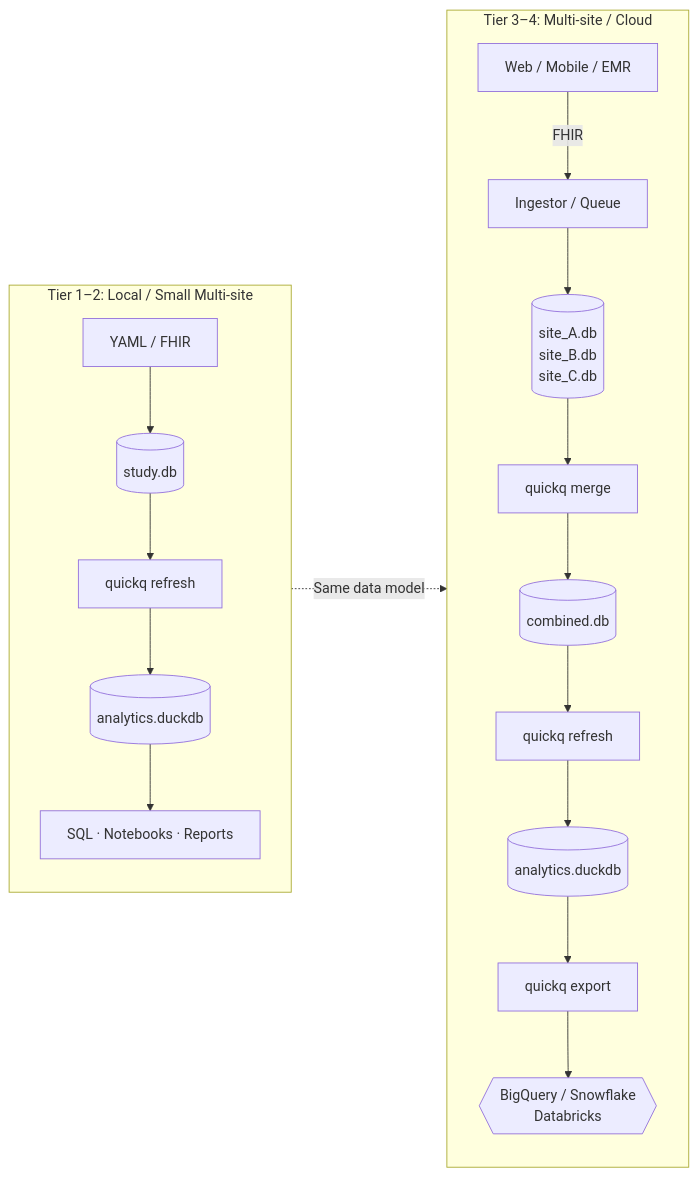
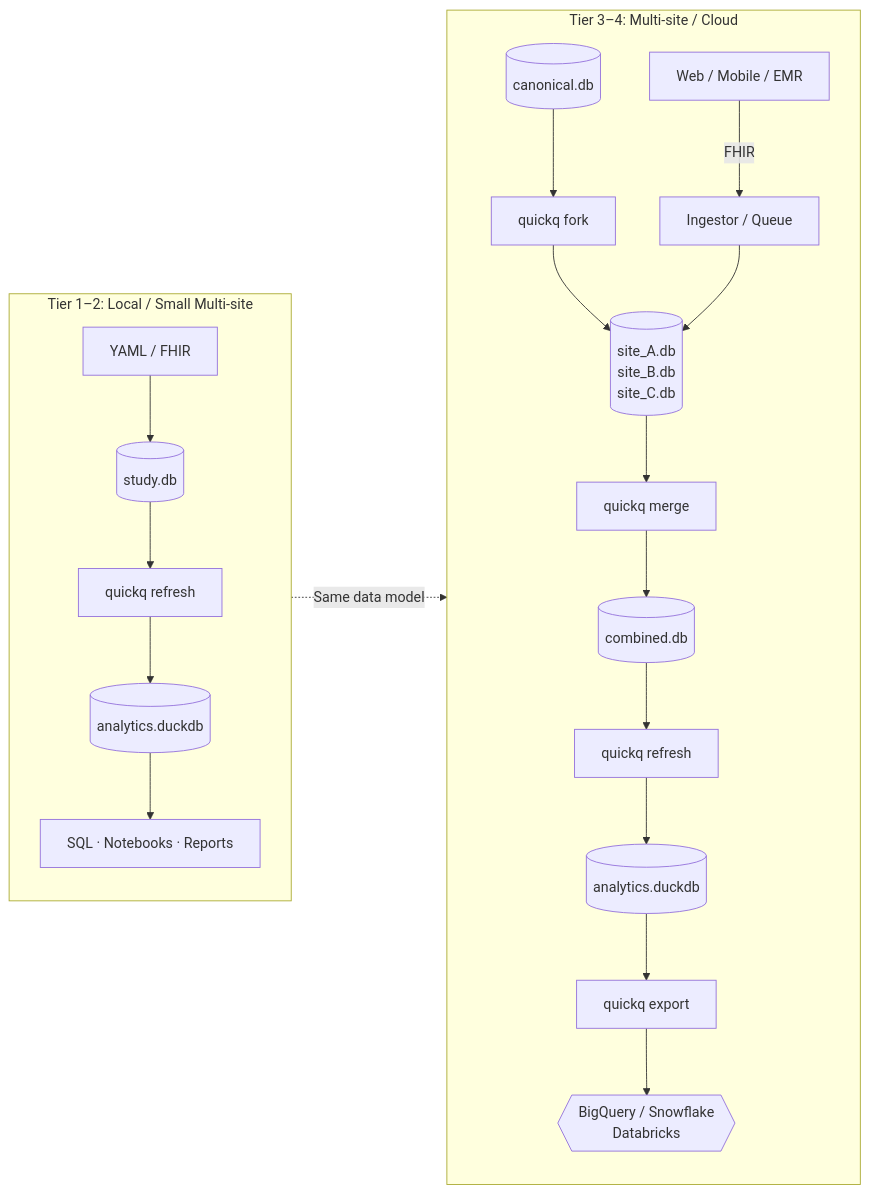
Before and after one commit to quickq-io/quickq: the diagram in docs/design_decisions.md, drawn with Mermaid. The commit also changed other lines of this file and 2 other files, not shown here.

First paragraph of the commit message:
fork+merge: round-trip tests + docs for fork's role in multi-site (closes 20r)
Adds 4 round-trip integration tests covering fork → distribute → collect →
merge end-to-end. Existing tests covered fork and merge in isolation; the
interaction was untested. New tests confirm:

````diff
--- a/docs/design_decisions.md
+++ b/docs/design_decisions.md
@@ -63,24 +63,26 @@
 ```mermaid
 flowchart LR
     subgraph Local ["Tier 1–2: Local / Small Multi-site"]
         direction TB
         L_Input[YAML / FHIR] --> L_SQLite[(study.db)]
         L_SQLite --> L_Refresh[quickq refresh]
         L_Refresh --> L_DuckDB[(analytics.duckdb)]
         L_DuckDB --> L_Analyze[SQL · Notebooks · Reports]
     end
 
     subgraph Cloud ["Tier 3–4: Multi-site / Cloud"]
         direction TB
+        C_Canonical[(canonical.db)] --> C_Fork[quickq fork]
+        C_Fork --> C_Sites[(site_A.db\nsite_B.db\nsite_C.db)]
         C_Apps[Web / Mobile / EMR] -- FHIR --> C_Queue[Ingestor / Queue]
-        C_Queue --> C_Sites[(site_A.db\nsite_B.db\nsite_C.db)]
+        C_Queue --> C_Sites
         C_Sites --> C_Merge[quickq merge]
         C_Merge --> C_Combined[(combined.db)]
         C_Combined --> C_Refresh[quickq refresh]
         C_Refresh --> C_OLAP[(analytics.duckdb)]
         C_OLAP --> C_Parquet[quickq export]
         C_Parquet --> C_Warehouse{{BigQuery / Snowflake\nDatabricks}}
     end
 
     Local -. "Same data model" .-> Cloud
 ```
````
